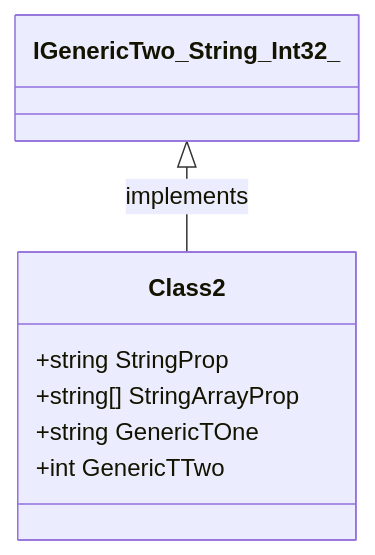
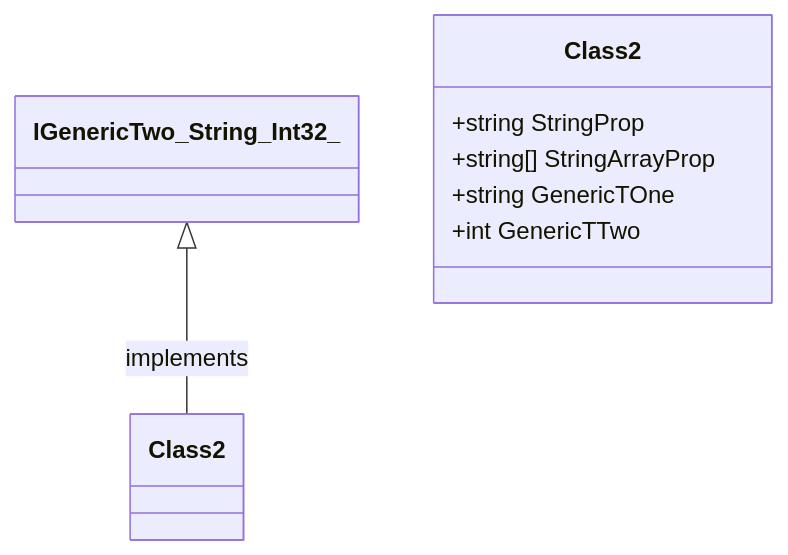
The second of 7 diagrams in test/SampleProject/CODE_METRICS.md (erichiller/gh-action-cs-metrics), drawn with Mermaid before and after one commit. The commit also changed other lines of this file, not shown here.

````diff
--- a/test/SampleProject/CODE_METRICS.md
+++ b/test/SampleProject/CODE_METRICS.md
@@ -217,14 +217,14 @@
 ```mermaid
 %%{init: {
     'fontFamily': 'monospace'
 } }%%
 classDiagram
 IGenericTwo_String_Int32_ <|-- Class2 : implements
-class Class2 ["Class2"] {
+class SomeRoot.SampleProject.Class2 ["Class2"] {
     +string StringProp
     +string[] StringArrayProp
     +string GenericTOne
     +int GenericTTwo
 }
 
 ```
````
